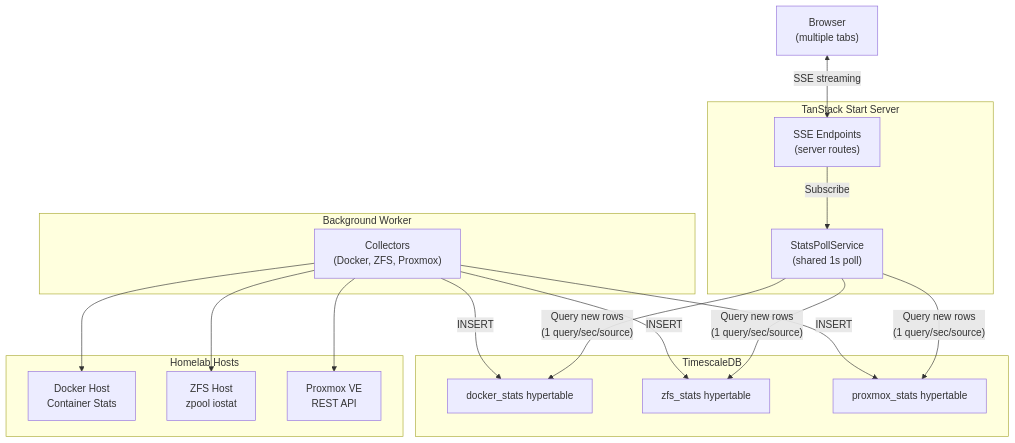
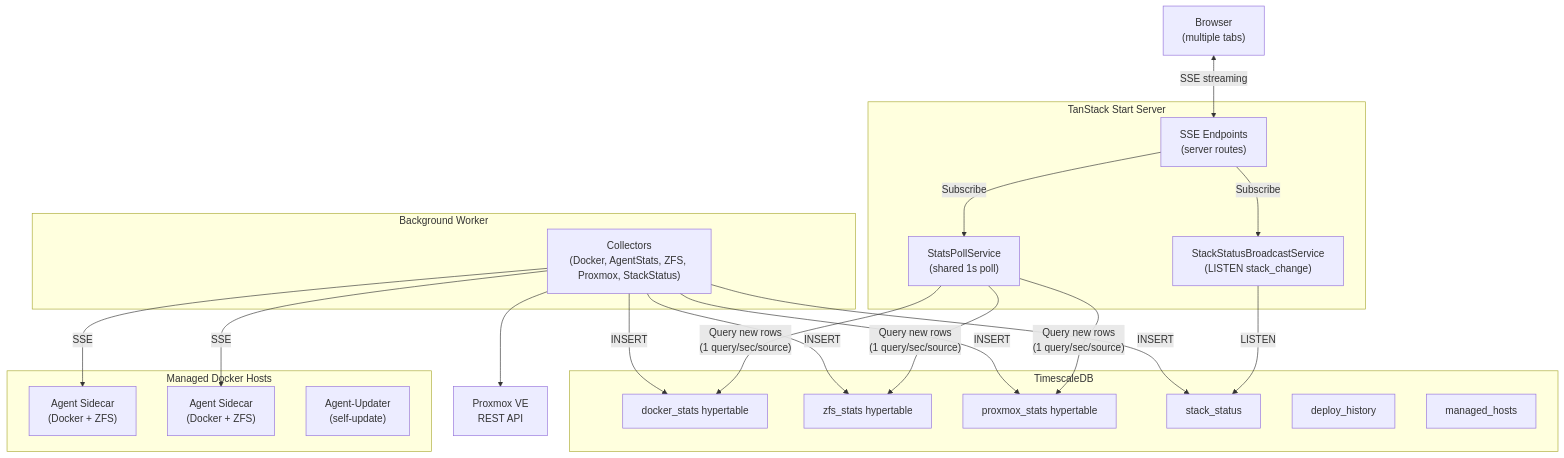
The first of 5 diagrams in docs/architecture.md (jaredglaser/homelab-manager), drawn with Mermaid before and after one commit. The commit also changed other lines of this file and 185 other files, not shown here.

First line of the commit message:
feat: Docker stack management with GitOps, agent architecture, and deploy pipeline (#91)

````diff
--- a/docs/architecture.md
+++ b/docs/architecture.md
@@ -5,37 +5,46 @@
 ```mermaid
 graph TD
     Browser["Browser<br/>(multiple tabs)"]
 
     subgraph TanStack_Start["TanStack Start Server"]
         SSE["SSE Endpoints<br/>(server routes)"]
         PollSvc["StatsPollService<br/>(shared 1s poll)"]
+        StackBroadcast["StackStatusBroadcastService<br/>(LISTEN stack_change)"]
     end
 
     subgraph Database["TimescaleDB"]
         DockerTable["docker_stats hypertable"]
         ZFSTable["zfs_stats hypertable"]
         ProxmoxTable["proxmox_stats hypertable"]
+        StackStatusTable["stack_status"]
+        DeployHistory["deploy_history"]
+        ManagedHosts["managed_hosts"]
     end
 
     subgraph Worker["Background Worker"]
-        Collectors["Collectors<br/>(Docker, ZFS, Proxmox)"]
+        Collectors["Collectors<br/>(Docker, AgentStats, ZFS, Proxmox, StackStatus)"]
     end
 
-    subgraph Hosts["Homelab Hosts"]
-        DockerHost["Docker Host<br/>Container Stats"]
-        ZFSHost["ZFS Host<br/>zpool iostat"]
-        ProxmoxHost["Proxmox VE<br/>REST API"]
+    subgraph Hosts["Managed Docker Hosts"]
+        Agent1["Agent Sidecar<br/>(Docker + ZFS)"]
+        Agent2["Agent Sidecar<br/>(Docker + ZFS)"]
+        Updater["Agent-Updater<br/>(self-update)"]
     end
+
+    ProxmoxHost["Proxmox VE<br/>REST API"]
 
     Browser <-->|"SSE streaming"| SSE
     SSE -->|"Subscribe"| PollSvc
+    SSE -->|"Subscribe"| StackBroadcast
     PollSvc -->|"Query new rows<br/>(1 query/sec/source)"| DockerTable
     PollSvc -->|"Query new rows<br/>(1 query/sec/source)"| ZFSTable
     PollSvc -->|"Query new rows<br/>(1 query/sec/source)"| ProxmoxTable
+    StackBroadcast -->|"LISTEN"| StackStatusTable
     Collectors -->|"INSERT"| DockerTable
     Collectors -->|"INSERT"| ZFSTable
     Collectors -->|"INSERT"| ProxmoxTable
-    Collectors --> DockerHost
-    Collectors --> ZFSHost
+    Collectors -->|"INSERT"| StackStatusTable
+    Collectors -->|"SSE"| Agent1
+    Collectors -->|"SSE"| Agent2
     Collectors --> ProxmoxHost
 ```
````
